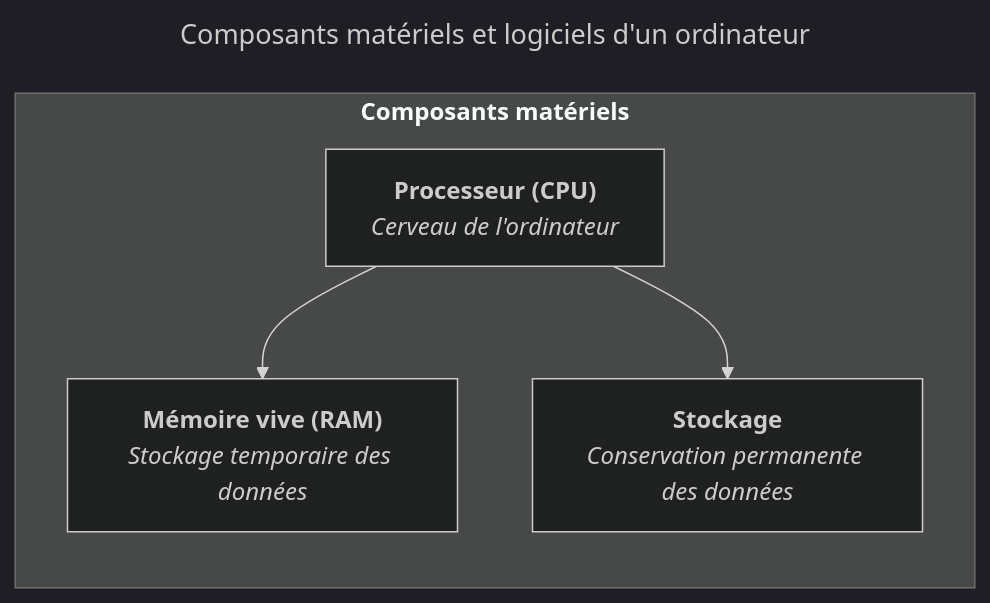
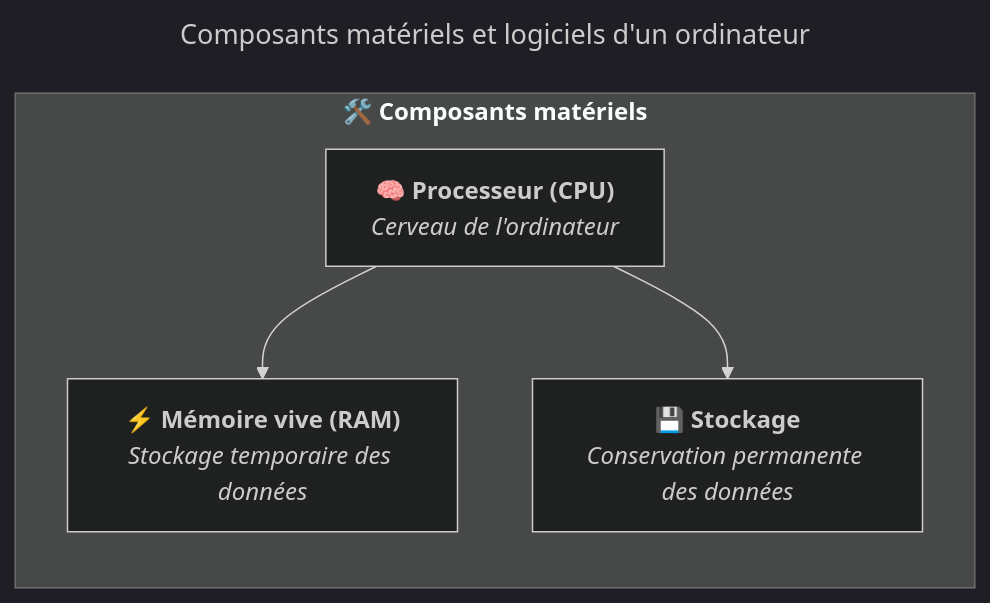
Before and after one commit to heig-vd-upinfo-course/heig-vd-upinfo-course: the diagram in src/content/docs/03-composants-materiels-et-logiciels-dun-ordinateur/04-stockage.mdx, drawn with Mermaid (dark theme). The commit also changed other lines of this file and 26 other files, not shown here.

````diff
--- a/src/content/docs/03-composants-materiels-et-logiciels-dun-ordinateur/04-stockage.mdx
+++ b/src/content/docs/03-composants-materiels-et-logiciels-dun-ordinateur/04-stockage.mdx
@@ -241,25 +241,25 @@
 ```mermaid
 ---
 title: Composants matériels et logiciels d'un ordinateur
 ---
 flowchart
   CPU["`
-    **Processeur (CPU)**
+    **🧠 Processeur (CPU)**
     _Cerveau de l'ordinateur_
   `"]
   RAM["`
-    **Mémoire vive (RAM)**
+    **⚡ Mémoire vive (RAM)**
     _Stockage temporaire des données_
   `"]
   Storage["`
-    **Stockage**
+    **💾 Stockage**
     _Conservation permanente des données_
   `"]
 
-  subgraph Hardware["`**Composants matériels**`"]
+  subgraph Hardware["`**🛠️ Composants matériels**`"]
     direction TB
 
     CPU --> RAM
     CPU --> Storage
   end
 ```
````
